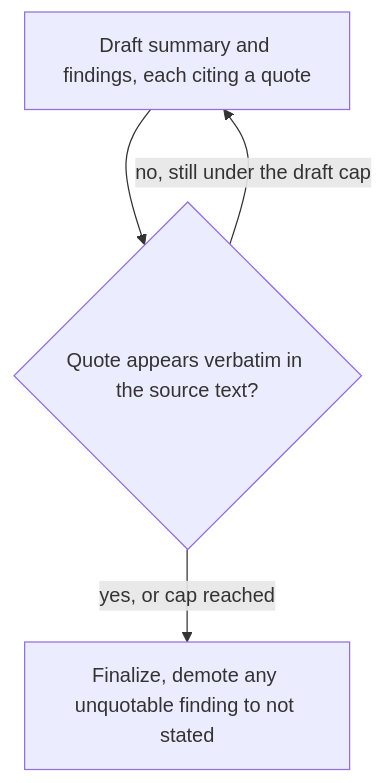
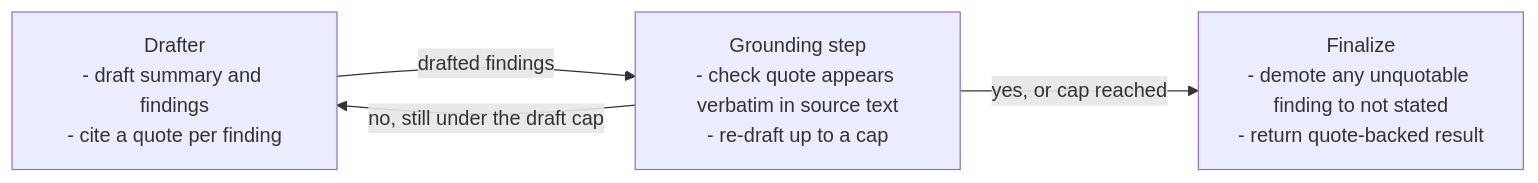
The fourth of 5 diagrams in README.md (elleskay/insurance-dashboard), drawn with Mermaid before and after one commit. The commit also changed other lines of this file, not shown here.

````diff
--- a/README.md
+++ b/README.md
@@ -150,6 +183,9 @@
 ```mermaid
-flowchart TD
-    Draft[Draft summary and findings, each citing a quote] --> Verify{Quote appears verbatim in the source text?}
-    Verify -->|no, still under the draft cap| Draft
-    Verify -->|yes, or cap reached| Final[Finalize, demote any unquotable finding to not stated]
+flowchart LR
+  Draft["Drafter<br/>- draft summary and findings<br/>- cite a quote per finding"]
+  Verify["Grounding step<br/>- check quote appears verbatim in source text<br/>- re-draft up to a cap"]
+  Final["Finalize<br/>- demote any unquotable finding to not stated<br/>- return quote-backed result"]
+  Draft -->|"drafted findings"| Verify
+  Verify -->|"no, still under the draft cap"| Draft
+  Verify -->|"yes, or cap reached"| Final
 ```
````
